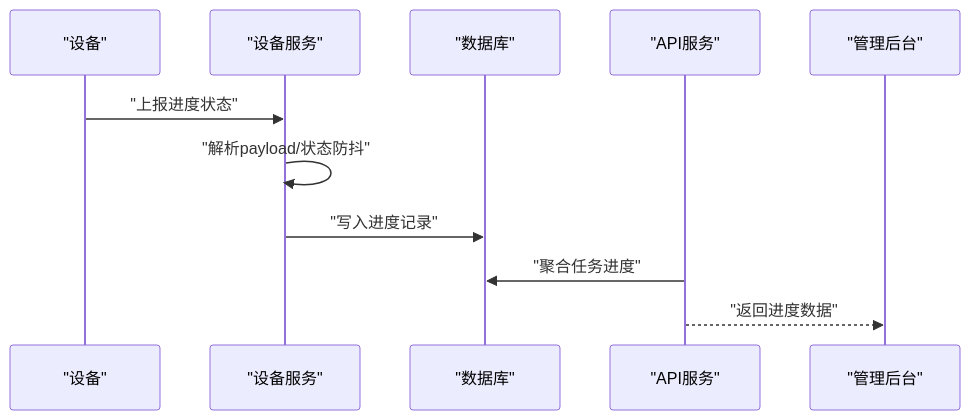
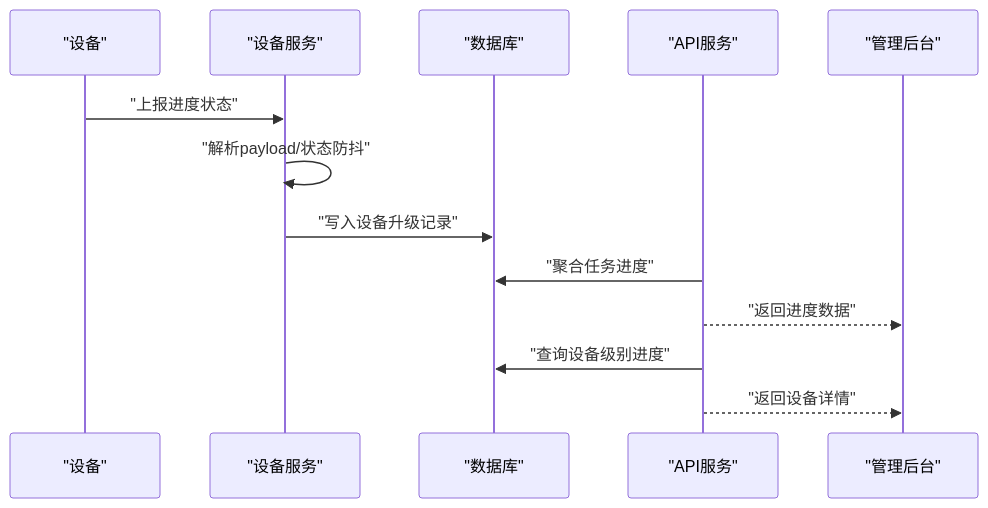
One commit to mcmrzy/cs_inv_monitor-develop changed the fourth of 8 diagrams in .qoder/repowiki/zh/content/OTA升级系统/OTA任务调度/OTA进度跟踪.md. Above: the diagram before and after it, drawn with Mermaid. The commit also changed other lines of this file and 128 other files, not shown here.

````diff
--- a/.qoder/repowiki/zh/content/OTA升级系统/OTA任务调度/OTA进度跟踪.md
+++ b/.qoder/repowiki/zh/content/OTA升级系统/OTA任务调度/OTA进度跟踪.md
@@ -163,13 +194,15 @@
 ```mermaid
 sequenceDiagram
 participant Device as "设备"
 participant DevSvc as "设备服务"
 participant DB as "数据库"
 participant API as "API服务"
 participant Admin as "管理后台"
 Device->>DevSvc : "上报进度状态"
 DevSvc->>DevSvc : "解析payload/状态防抖"
-DevSvc->>DB : "写入进度记录"
+DevSvc->>DB : "写入设备升级记录"
 API->>DB : "聚合任务进度"
 API-->>Admin : "返回进度数据"
+API->>DB : "查询设备级别进度"
+API-->>Admin : "返回设备详情"
 ```
````
